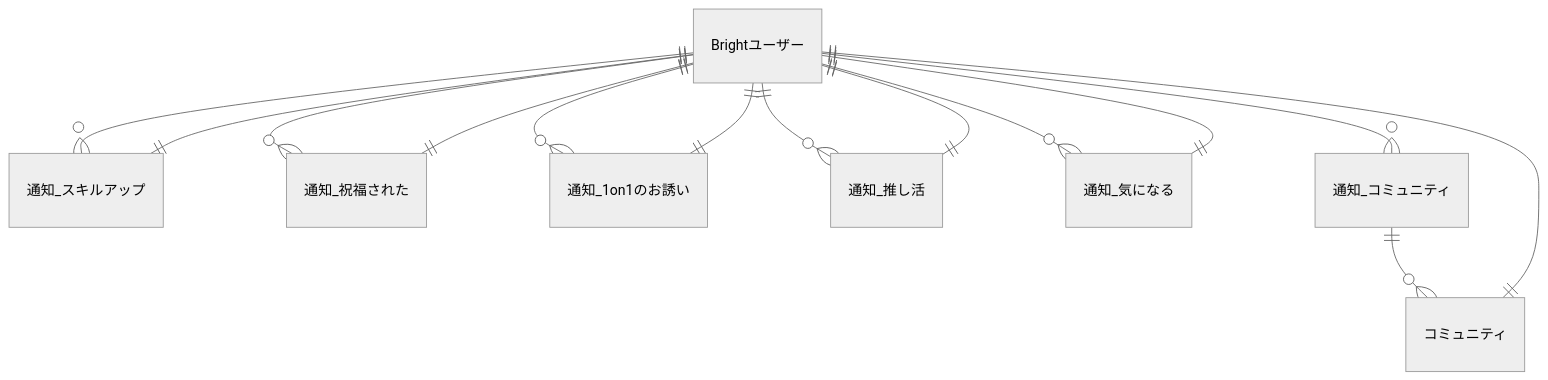
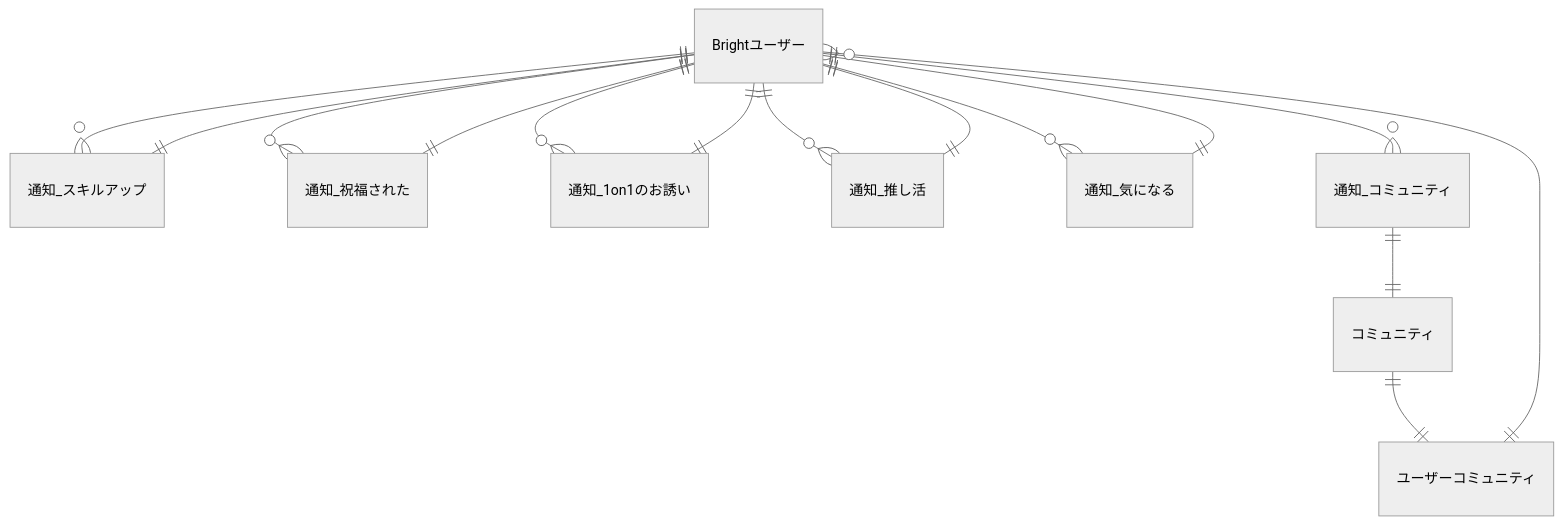
Before and after one commit to bright-org/bright: the fourth of 5 diagrams in docs/conceptual_schemas/notifications.md, drawn with Mermaid (neutral theme). The commit also changed other lines of this file, not shown here.

````diff
--- a/docs/conceptual_schemas/notifications.md
+++ b/docs/conceptual_schemas/notifications.md
@@ -78,23 +78,25 @@
 ```mermaid
 erDiagram
   "Brightユーザー" ||--o{ "通知_スキルアップ" : ""
   "通知_スキルアップ" ||--|| "Brightユーザー" : ""
 
   "Brightユーザー" ||--o{ "通知_祝福された" : ""
   "通知_祝福された" ||--|| "Brightユーザー" : ""
 
   "Brightユーザー" ||--o{ "通知_1on1のお誘い" : ""
   "通知_1on1のお誘い" ||--|| "Brightユーザー" : ""
 
   "Brightユーザー" ||--o{ "通知_推し活" : ""
   "通知_推し活" ||--|| "Brightユーザー" : ""
 
   "Brightユーザー" ||--o{ "通知_気になる" : ""
   "通知_気になる" ||--|| "Brightユーザー" : ""
 
   "Brightユーザー" ||--o{ "通知_コミュニティ" : ""
-  "通知_コミュニティ" ||--o{ "コミュニティ" : ""
+  "通知_コミュニティ" ||--|| "コミュニティ" : ""
 
-  "コミュニティ" ||--|| "Brightユーザー" : ""
+  "コミュニティ" ||--|| "ユーザーコミュニティ" : ""
+
+  "ユーザーコミュニティ" ||--o{ "Brightユーザー" : ""
 
 ```
````
